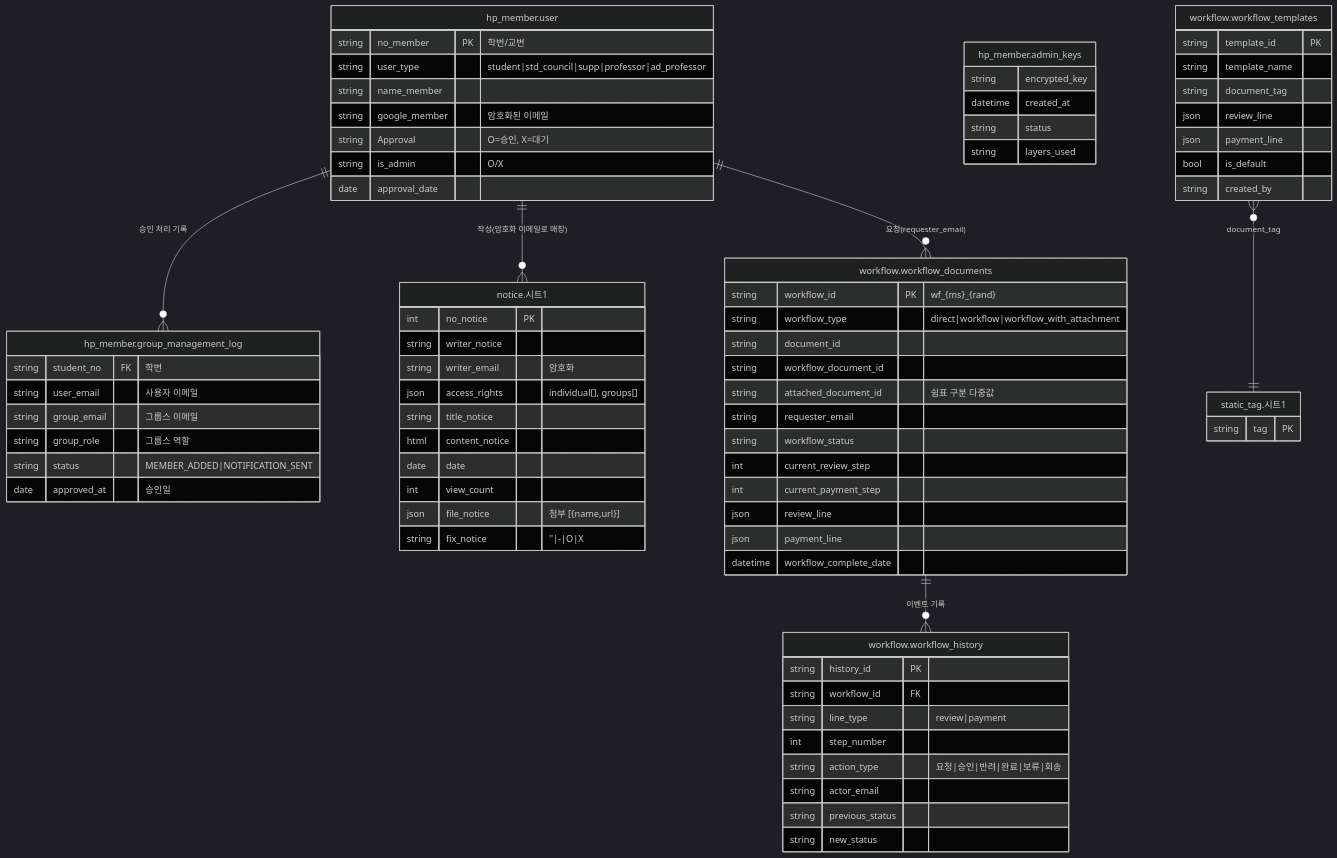
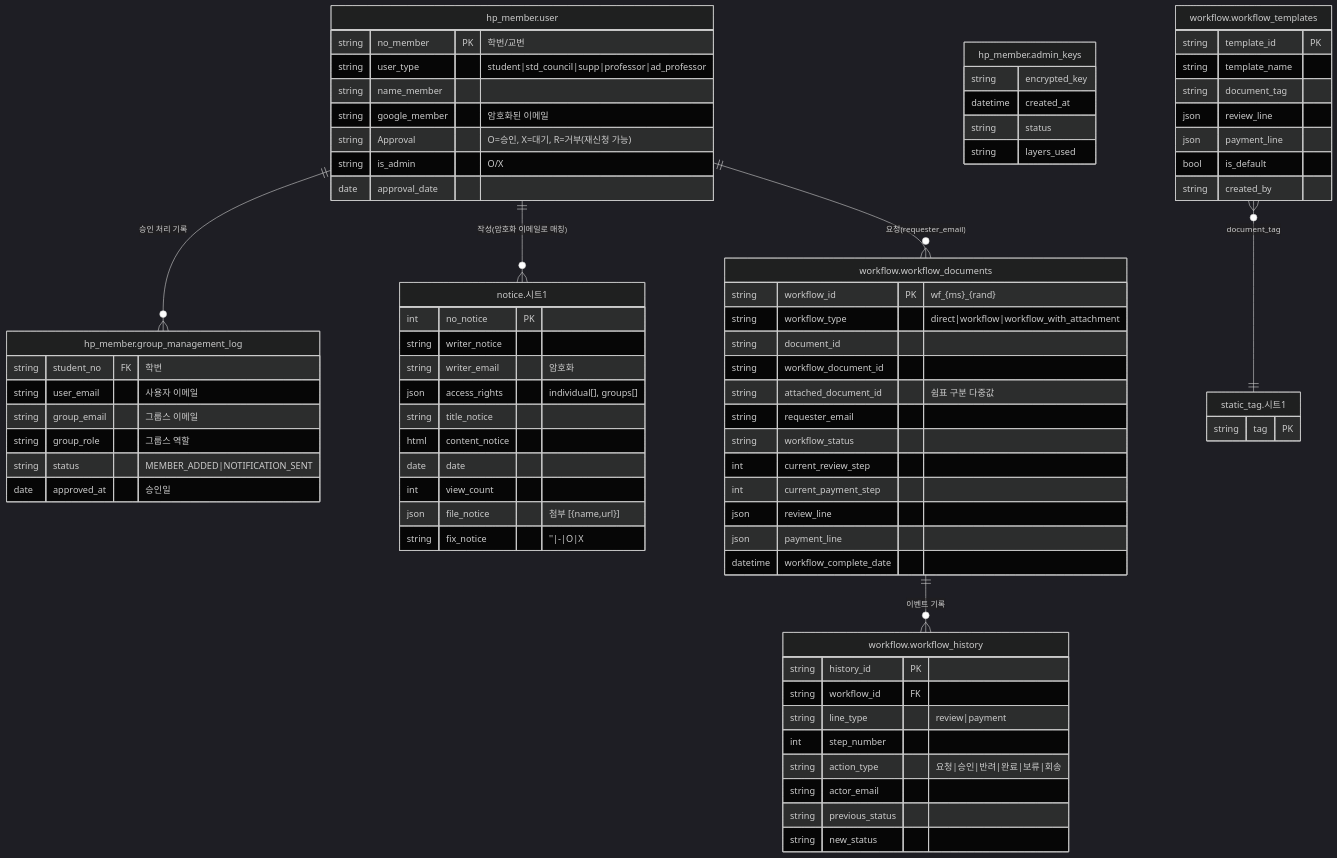
The first of 3 diagrams in docs/DATA_MODEL.md (semicolon213/hot_potato_remake), drawn with Mermaid (dark theme) before and after one commit. The commit also changed other lines of this file and 14 other files, not shown here.

````diff
--- a/docs/DATA_MODEL.md
+++ b/docs/DATA_MODEL.md
@@ -37,80 +37,80 @@
 ```mermaid
 erDiagram
     USER["hp_member.user"] {
         string no_member PK "학번/교번"
         string user_type "student|std_council|supp|professor|ad_professor"
         string name_member
         string google_member "암호화된 이메일"
-        string Approval "O=승인, X=대기"
+        string Approval "O=승인, X=대기, R=거부(재신청 가능)"
         string is_admin "O/X"
         date approval_date
     }
     ADMIN_KEYS["hp_member.admin_keys"] {
         string encrypted_key
         datetime created_at
         string status
         string layers_used
     }
     GROUP_LOG["hp_member.group_management_log"] {
         string student_no FK "학번"
         string user_email "사용자 이메일"
         string group_email "그룹스 이메일"
         string group_role "그룹스 역할"
         string status "MEMBER_ADDED|NOTIFICATION_SENT"
         date approved_at "승인일"
     }
     NOTICE["notice.시트1"] {
         int no_notice PK
         string writer_notice
         string writer_email "암호화"
         json access_rights "individual[], groups[]"
         string title_notice
         html content_notice
         date date
         int view_count
         json file_notice "첨부 [{name,url}]"
         string fix_notice "''|-|O|X"
     }
     WF_DOC["workflow.workflow_documents"] {
         string workflow_id PK "wf_{ms}_{rand}"
         string workflow_type "direct|workflow|workflow_with_attachment"
         string document_id
         string workflow_document_id
         string attached_document_id "쉼표 구분 다중값"
         string requester_email
         string workflow_status
         int current_review_step
         int current_payment_step
         json review_line
         json payment_line
         datetime workflow_complete_date
     }
     WF_HISTORY["workflow.workflow_history"] {
         string history_id PK
         string workflow_id FK
         string line_type "review|payment"
         int step_number
         string action_type "요청|승인|반려|완료|보류|회송"
         string actor_email
         string previous_status
         string new_status
     }
     WF_TEMPLATE["workflow.workflow_templates"] {
         string template_id PK
         string template_name
         string document_tag
         json review_line
         json payment_line
         bool is_default
         string created_by
     }
     STATIC_TAG["static_tag.시트1"] {
         string tag PK
     }
 
     USER ||--o{ GROUP_LOG : "승인 처리 기록"
     USER ||--o{ NOTICE : "작성(암호화 이메일로 매칭)"
     USER ||--o{ WF_DOC : "요청(requester_email)"
     WF_DOC ||--o{ WF_HISTORY : "이벤트 기록"
     WF_TEMPLATE }o--|| STATIC_TAG : "document_tag"
 ```
````
